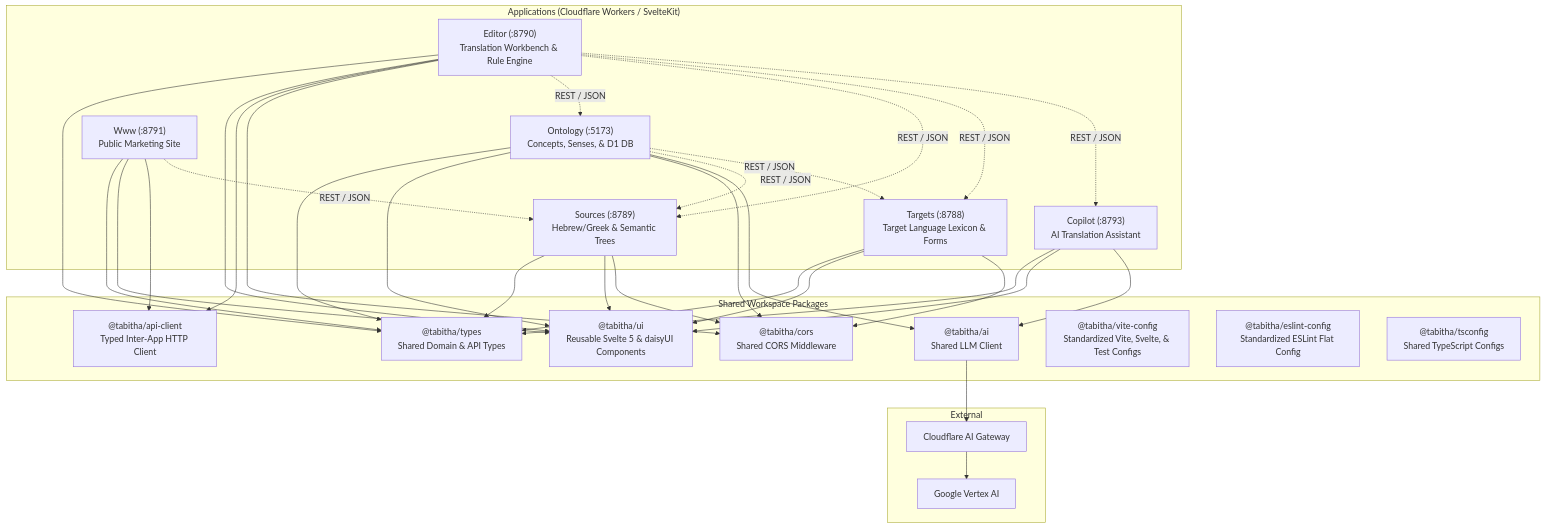
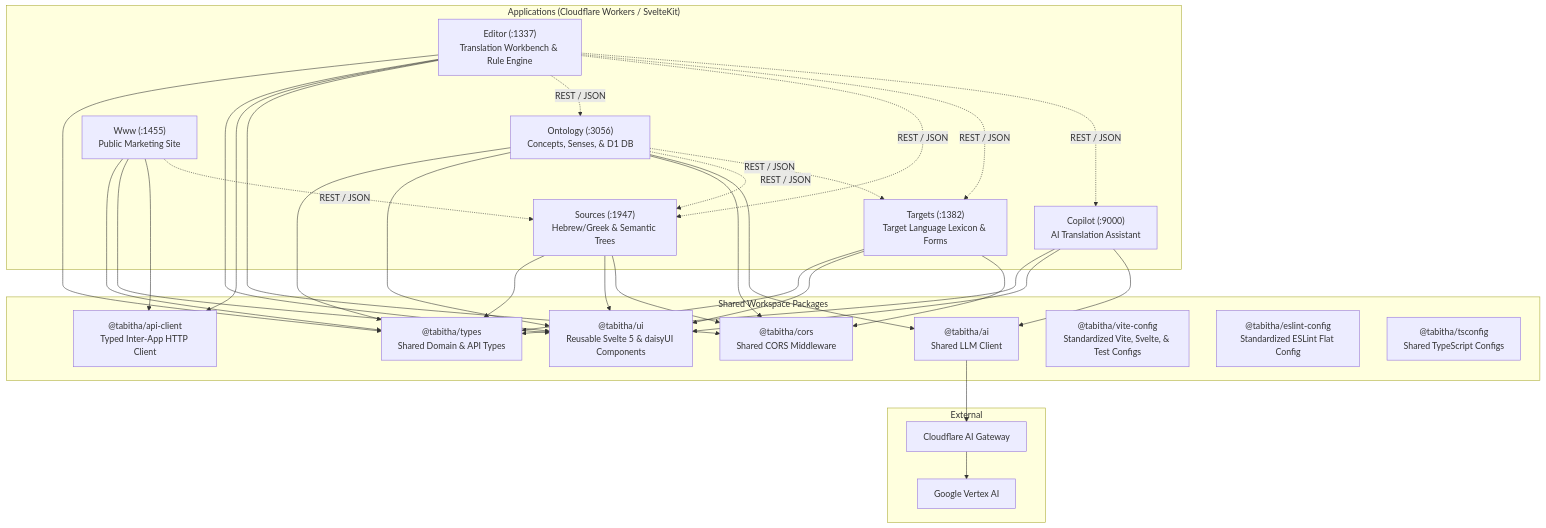
The diagram in CONTRIBUTING.md (presciencelabs/tabitha), drawn with Mermaid before and after one commit. The commit also changed other lines of this file and 35 other files, not shown here.

````diff
--- a/CONTRIBUTING.md
+++ b/CONTRIBUTING.md
@@ -11,58 +11,58 @@
 ```mermaid
 graph TD
 	subgraph Apps ["Applications (Cloudflare Workers / SvelteKit)"]
-		Editor["Editor (:8790)<br/>Translation Workbench & Rule Engine"]
-		Ontology["Ontology (:5173)<br/>Concepts, Senses, & D1 DB"]
-		Sources["Sources (:8789)<br/>Hebrew/Greek & Semantic Trees"]
-		Targets["Targets (:8788)<br/>Target Language Lexicon & Forms"]
-		Copilot["Copilot (:8793)<br/>AI Translation Assistant"]
-		Www["Www (:8791)<br/>Public Marketing Site"]
+		Editor["Editor (:1337)<br/>Translation Workbench & Rule Engine"]
+		Ontology["Ontology (:3056)<br/>Concepts, Senses, & D1 DB"]
+		Sources["Sources (:1947)<br/>Hebrew/Greek & Semantic Trees"]
+		Targets["Targets (:1382)<br/>Target Language Lexicon & Forms"]
+		Copilot["Copilot (:9000)<br/>AI Translation Assistant"]
+		Www["Www (:1455)<br/>Public Marketing Site"]
 	end
 
 	subgraph SharedPackages ["Shared Workspace Packages"]
 		Types["@tabitha/types<br/>Shared Domain & API Types"]
 		UI["@tabitha/ui<br/>Reusable Svelte 5 & daisyUI Components"]
 		ApiClient["@tabitha/api-client<br/>Typed Inter-App HTTP Client"]
 		Cors["@tabitha/cors<br/>Shared CORS Middleware"]
 		AI["@tabitha/ai<br/>Shared LLM Client"]
 		ViteConfig["@tabitha/vite-config<br/>Standardized Vite, Svelte, & Test Configs"]
 		ESLintConfig["@tabitha/eslint-config<br/>Standardized ESLint Flat Config"]
 		TSConfig["@tabitha/tsconfig<br/>Shared TypeScript Configs"]
 	end
 
 	subgraph External ["External"]
 		Gateway["Cloudflare AI Gateway"]
 		Vertex["Google Vertex AI"]
 	end
 
 	Editor --> Types
 	Editor --> UI
 	Editor --> ApiClient
 	Editor --> Cors
 	Ontology --> Types
 	Ontology --> UI
 	Ontology --> Cors
 	Ontology --> AI
 	Sources --> Types
 	Sources --> UI
 	Sources --> Cors
 	Targets --> Types
 	Targets --> UI
 	Targets --> Cors
 	Copilot --> Types
 	Copilot --> UI
 	Copilot --> AI
 	Www --> Types
 	Www --> UI
 	Www --> ApiClient
 
 	Editor -.->|"REST / JSON"| Ontology
 	Editor -.->|"REST / JSON"| Sources
 	Editor -.->|"REST / JSON"| Targets
 	Editor -.->|"REST / JSON"| Copilot
 	Ontology -.->|"REST / JSON"| Sources
 	Ontology -.->|"REST / JSON"| Targets
 	Www -.->|"REST / JSON"| Sources
 
 	AI --> Gateway --> Vertex
 ```
````
